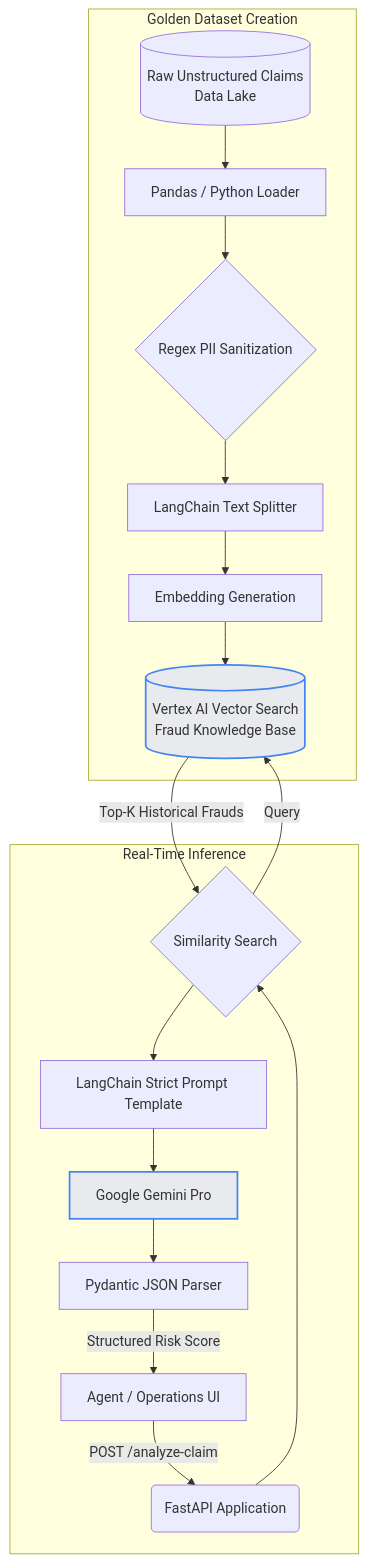
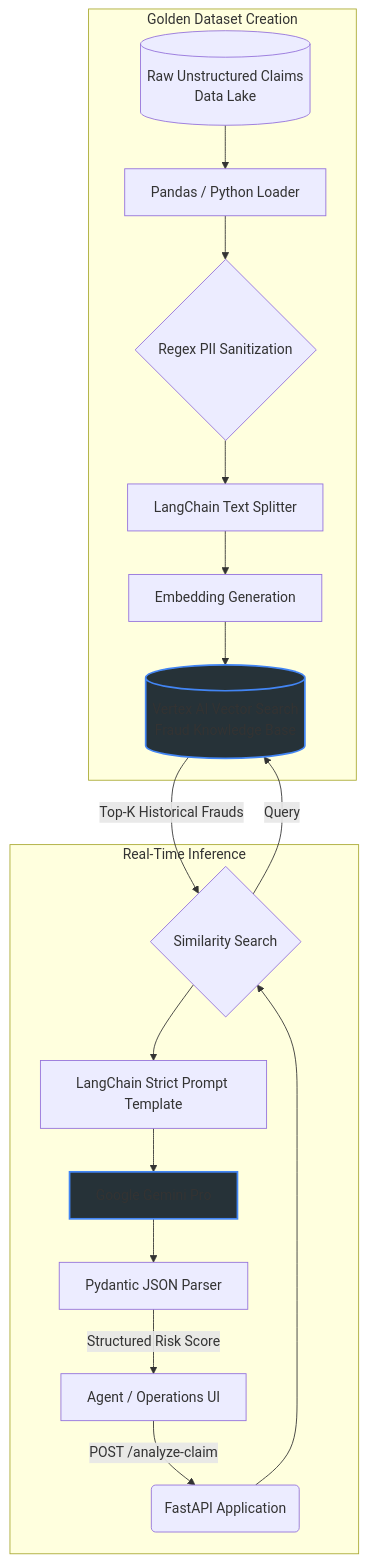
One commit to ferrosas2/helloworld changed the diagram in AI-Systems-Architecture/RO-Fraud/README.md. Above: the diagram before and after it, drawn with Mermaid.

Commit message:
Fix GCP class definition color in architecture flow diagram in README

````diff
--- a/AI-Systems-Architecture/RO-Fraud/README.md
+++ b/AI-Systems-Architecture/RO-Fraud/README.md
@@ -10,28 +10,28 @@
 ```mermaid
 
 
     graph TD
     %% Offline Pipeline
     subgraph Offline Ingestion Pipeline [Golden Dataset Creation]
         A[(Raw Unstructured Claims\nData Lake)] --> B[Pandas / Python Loader]
         B --> C{Regex PII Sanitization}
         C --> D[LangChain Text Splitter]
         D --> E[Embedding Generation]
         E --> F[(Vertex AI Vector Search\nFraud Knowledge Base)]
     end
 
     %% Online API
     subgraph Online RAG API [Real-Time Inference]
         G[Agent / Operations UI] -->|POST /analyze-claim| H(FastAPI Application)
         H --> I{Similarity Search}
         I -->|Query| F
         F -->|Top-K Historical Frauds| I
         I --> J[LangChain Strict Prompt Template]
         J --> K[Google Gemini Pro]
         K --> L[Pydantic JSON Parser]
         L -->|Structured Risk Score| G
     end
     
-    classDef GCP fill:#e8eaed,stroke:#4285f4,stroke-width:2px;
+    classDef GCP fill:#263238,stroke:#4285f4,stroke-width:2px;
     class F,K GCP;
 ```
````
